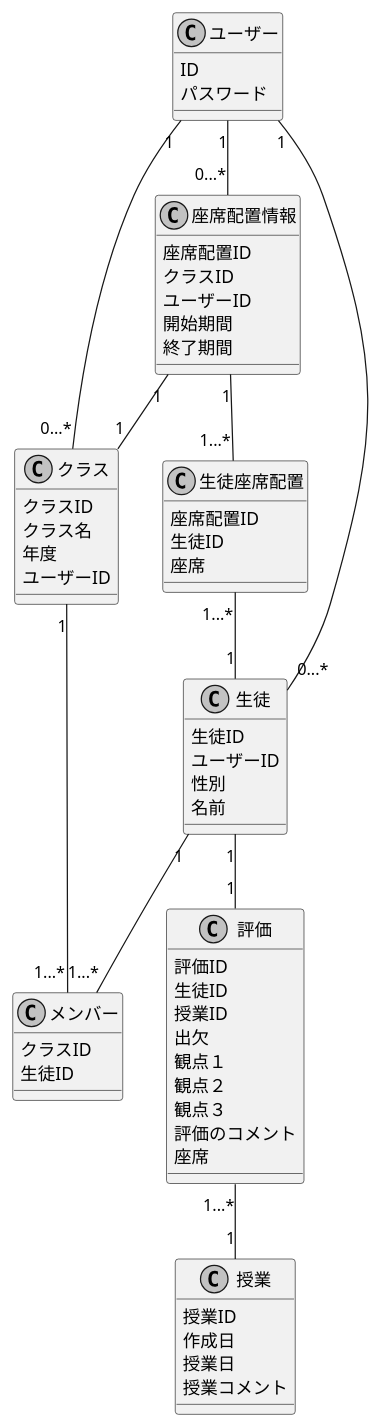
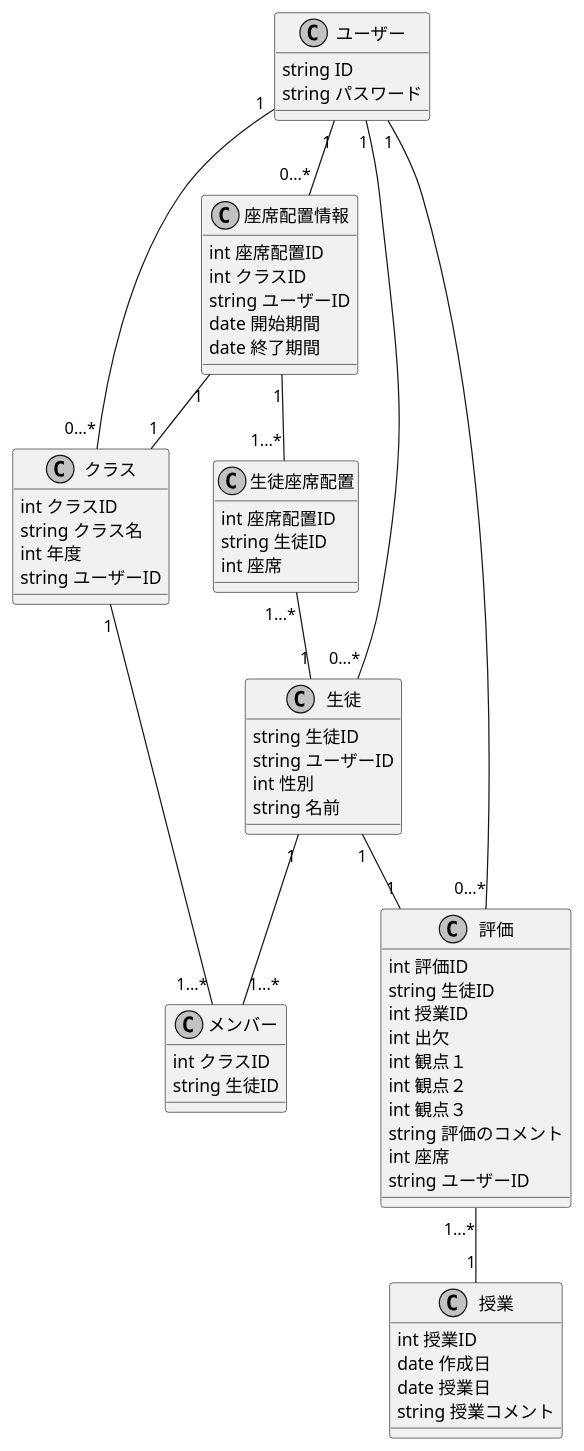
One commit to hatosableSAN/KTaNE-Expertingweb changed the diagram in docs/class.pu. Above: the diagram before and after it, drawn with PlantUML.

Commit message:
update:型を追記しました

```diff
--- a/docs/class.pu
+++ b/docs/class.pu
@@ -1,74 +1,75 @@
 @startuml class_diagram
 skinparam monochrome true
 skinparam shadowing false
 ' クラスを定義
 
 class ユーザー{
-    ID
-    パスワード
+    string ID
+    string パスワード
 }
 
 class 生徒{
-    生徒ID
-    ユーザーID
-    性別
-    名前
+    string 生徒ID
+    string ユーザーID
+    int 性別
+    string 名前
 }
 class クラス{
-    クラスID
-    クラス名
-    年度
-    ユーザーID
+    int クラスID
+    string クラス名
+    int 年度
+    string ユーザーID
 }
 class メンバー{
-    クラスID
-    生徒ID
+    int クラスID
+    string 生徒ID
 }
 class 座席配置情報{
-    座席配置ID
-    クラスID
-    ユーザーID
-    開始期間
-    終了期間
+    int 座席配置ID
+    int クラスID
+    string ユーザーID
+    date 開始期間
+    date 終了期間
 }
 class 生徒座席配置{
-    座席配置ID
-    生徒ID
-    座席
+    int 座席配置ID
+    string 生徒ID
+    int 座席
 }
 class 評価{
-    評価ID
-    生徒ID
-    授業ID
-    出欠
-    観点１
-    観点２
-    観点３
-    評価のコメント
-    座席
+    int 評価ID
+    string 生徒ID
+    int 授業ID
+    int 出欠
+    int 観点１
+    int 観点２
+    int 観点３
+    string 評価のコメント
+    int 座席
+    string ユーザーID
 }
 
 class 授業{
-    授業ID
-    作成日
-    授業日
-    授業コメント
+    int 授業ID
+    date 作成日
+    date 授業日
+    string 授業コメント
 }
 
 
 ' 関係を定義
 'left to right direction
 
 座席配置情報 "1"--"1...*" 生徒座席配置
 評価 "1...*" -- "1"  授業
 クラス "1" -- "1...*" メンバー
 生徒 "1" -- "1...*" メンバー
 生徒"1" -- "1" 評価
 ユーザー"1" -- "0...*" 生徒
 ユーザー"1" -- "0...*" 座席配置情報
 ユーザー"1" -- "0...*" クラス
 座席配置情報 "1" -- "1"クラス
 生徒座席配置 "1...*" -- "1" 生徒
-
+評価 "0...*" -- "1" ユーザー
 ' umlの終了を宣言
 @enduml
```
